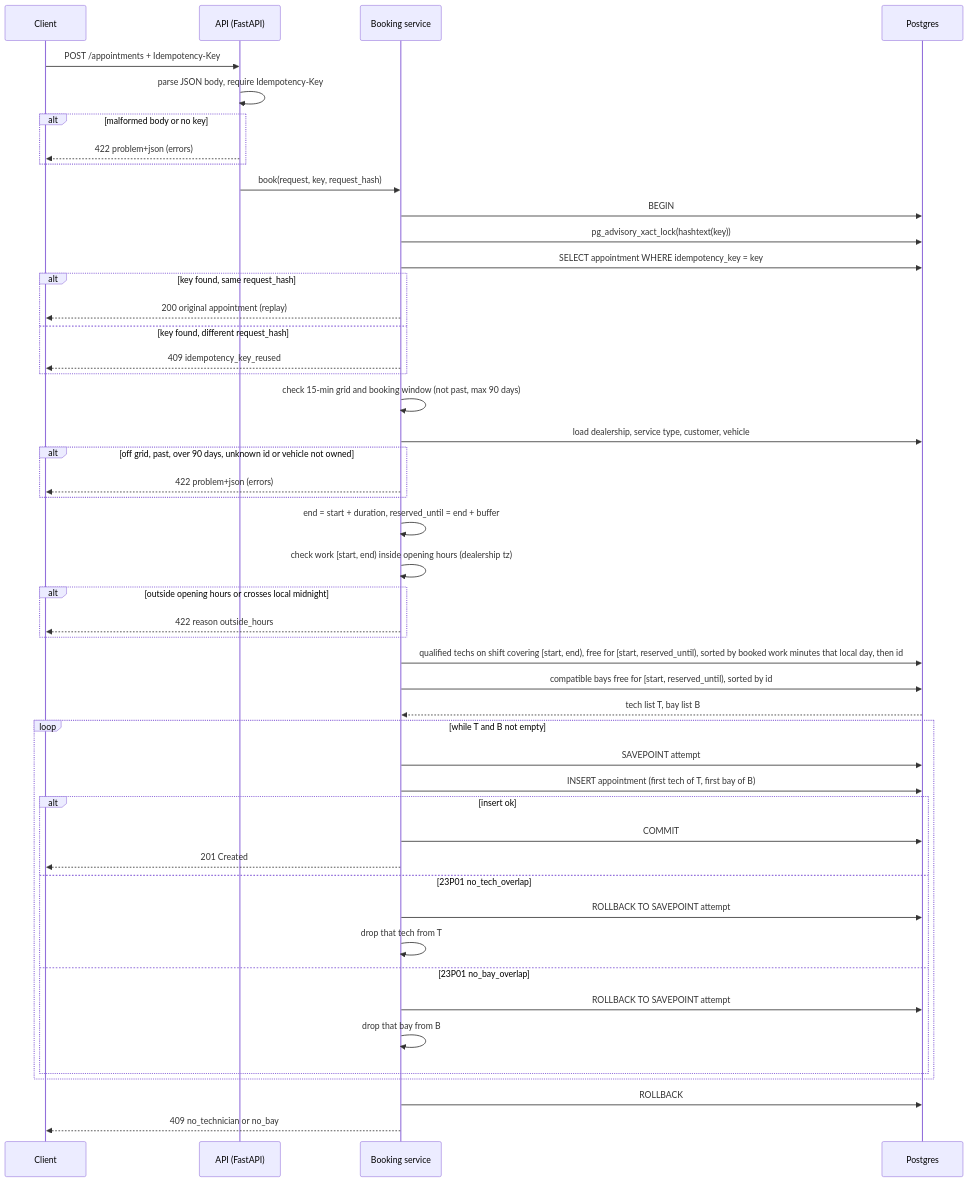
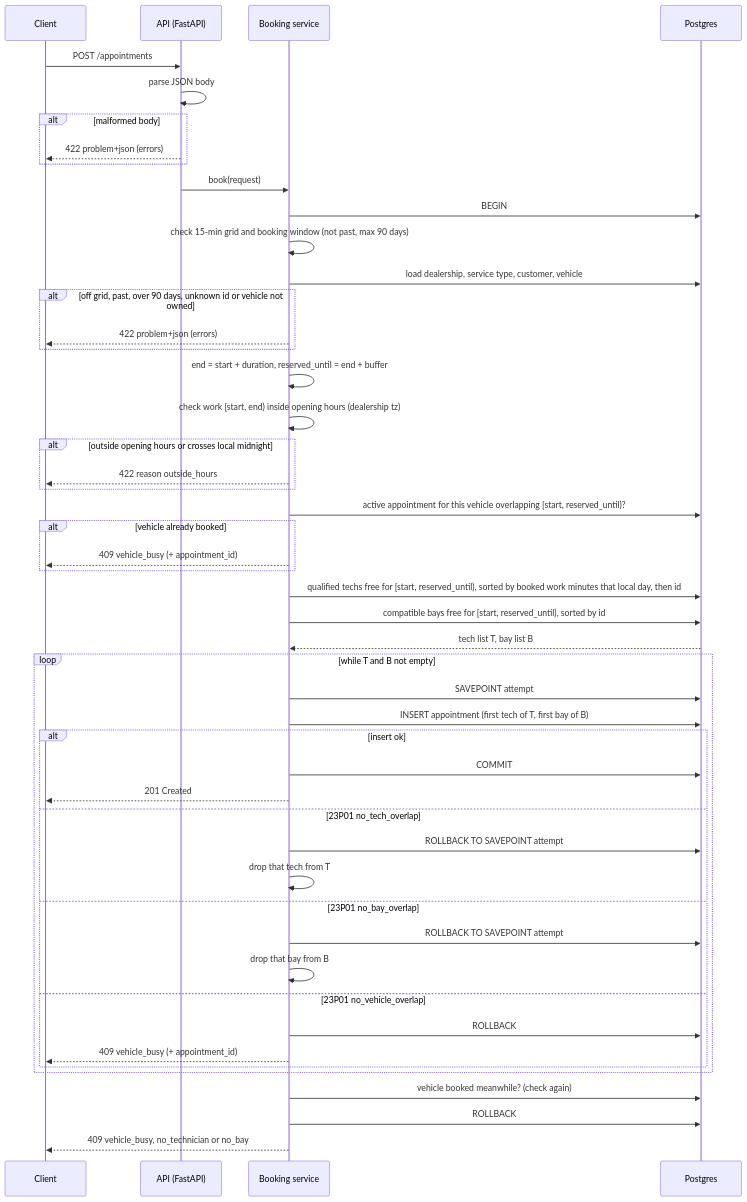
The third of 3 diagrams in docs/design.md (chezzijr/keyloop-service-scheduler), drawn with Mermaid before and after one commit. The commit also changed other lines of this file and 7 other files, not shown here.

````diff
--- a/docs/design.md
+++ b/docs/design.md
@@ -155,51 +159,52 @@
 ```mermaid
 sequenceDiagram
     participant C as Client
     participant A as API (FastAPI)
     participant S as Booking service
     participant P as Postgres
 
-    C->>A: POST /appointments + Idempotency-Key
-    A->>A: parse JSON body, require Idempotency-Key
-    alt malformed body or no key
+    C->>A: POST /appointments
+    A->>A: parse JSON body
+    alt malformed body
         A-->>C: 422 problem+json (errors)
     end
-    A->>S: book(request, key, request_hash)
+    A->>S: book(request)
     S->>P: BEGIN
-    S->>P: pg_advisory_xact_lock(hashtext(key))
-    S->>P: SELECT appointment WHERE idempotency_key = key
-    alt key found, same request_hash
-        S-->>C: 200 original appointment (replay)
-    else key found, different request_hash
-        S-->>C: 409 idempotency_key_reused
-    end
     S->>S: check 15-min grid and booking window (not past, max 90 days)
     S->>P: load dealership, service type, customer, vehicle
     alt off grid, past, over 90 days, unknown id or vehicle not owned
         S-->>C: 422 problem+json (errors)
     end
     S->>S: end = start + duration, reserved_until = end + buffer
     S->>S: check work [start, end) inside opening hours (dealership tz)
     alt outside opening hours or crosses local midnight
         S-->>C: 422 reason outside_hours
     end
-    S->>P: qualified techs on shift covering [start, end), free for [start, reserved_until), sorted by booked work minutes that local day, then id
+    S->>P: active appointment for this vehicle overlapping [start, reserved_until)?
+    alt vehicle already booked
+        S-->>C: 409 vehicle_busy (+ appointment_id)
+    end
+    S->>P: qualified techs free for [start, reserved_until), sorted by booked work minutes that local day, then id
     S->>P: compatible bays free for [start, reserved_until), sorted by id
     P-->>S: tech list T, bay list B
     loop while T and B not empty
         S->>P: SAVEPOINT attempt
         S->>P: INSERT appointment (first tech of T, first bay of B)
         alt insert ok
             S->>P: COMMIT
             S-->>C: 201 Created
         else 23P01 no_tech_overlap
             S->>P: ROLLBACK TO SAVEPOINT attempt
             S->>S: drop that tech from T
         else 23P01 no_bay_overlap
             S->>P: ROLLBACK TO SAVEPOINT attempt
             S->>S: drop that bay from B
+        else 23P01 no_vehicle_overlap
+            S->>P: ROLLBACK
+            S-->>C: 409 vehicle_busy (+ appointment_id)
         end
     end
+    S->>P: vehicle booked meanwhile? (check again)
     S->>P: ROLLBACK
-    S-->>C: 409 no_technician or no_bay
+    S-->>C: 409 vehicle_busy, no_technician or no_bay
 ```
````
